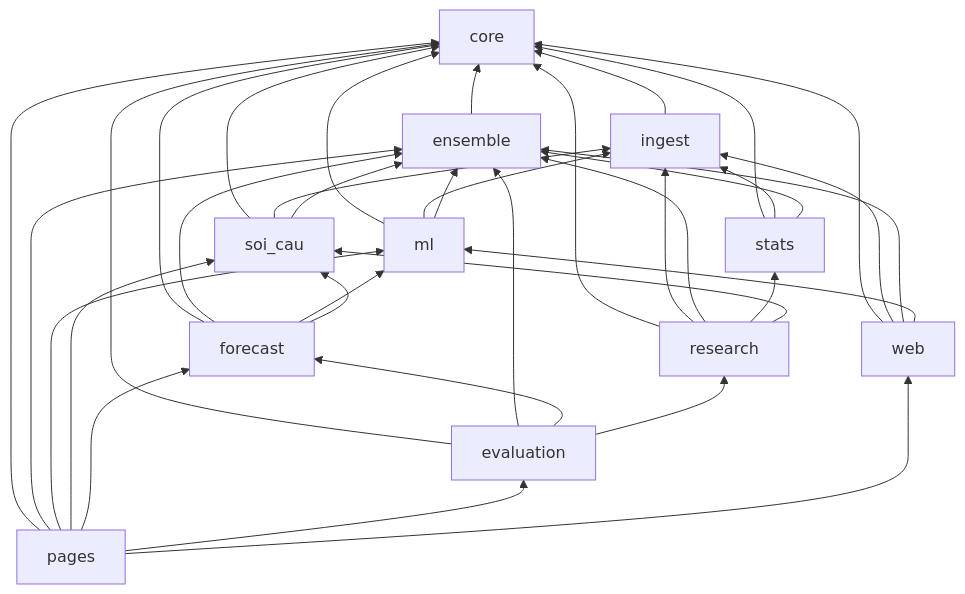
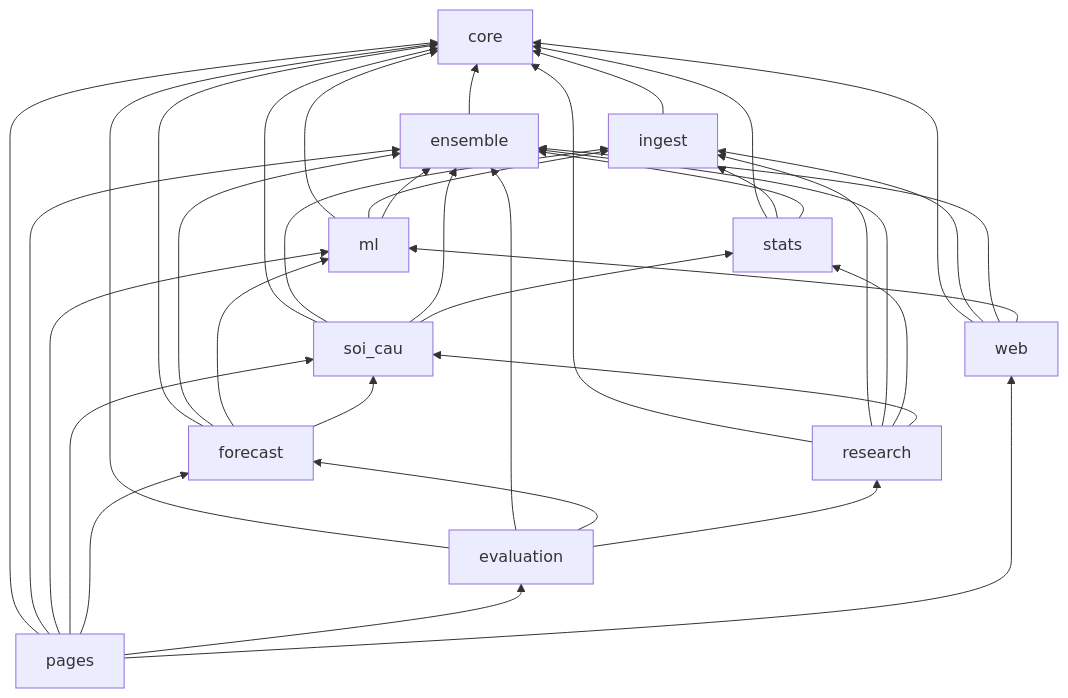
Before and after one commit to beuvivu/VLA: the diagram in documentation/architecture/2026-10-23-bo-cuc-src.md, drawn with Mermaid. The commit also changed other lines of this file and 45 other files, not shown here.

First line of the commit message:
src/: gom bridges, features vào soi_cau và modeling vào forecast (gói con)

````diff
--- a/documentation/architecture/2026-10-23-bo-cuc-src.md
+++ b/documentation/architecture/2026-10-23-bo-cuc-src.md
@@ -58,13 +62,13 @@
 ```mermaid
 graph BT
   ingest --> core
   ensemble --> core
   stats --> core & ingest & ensemble
-  soi_cau --> core & ingest & ensemble
+  soi_cau --> core & ingest & ensemble & stats
   ml --> core & ingest & ensemble
   research --> core & ingest & ensemble & stats & soi_cau
   forecast --> core & ensemble & ml & soi_cau
   evaluation --> core & ensemble & forecast & research
   web --> core & ingest & ensemble & ml
   pages --> core & ensemble & ml & soi_cau & forecast & evaluation & web
 ```
````
